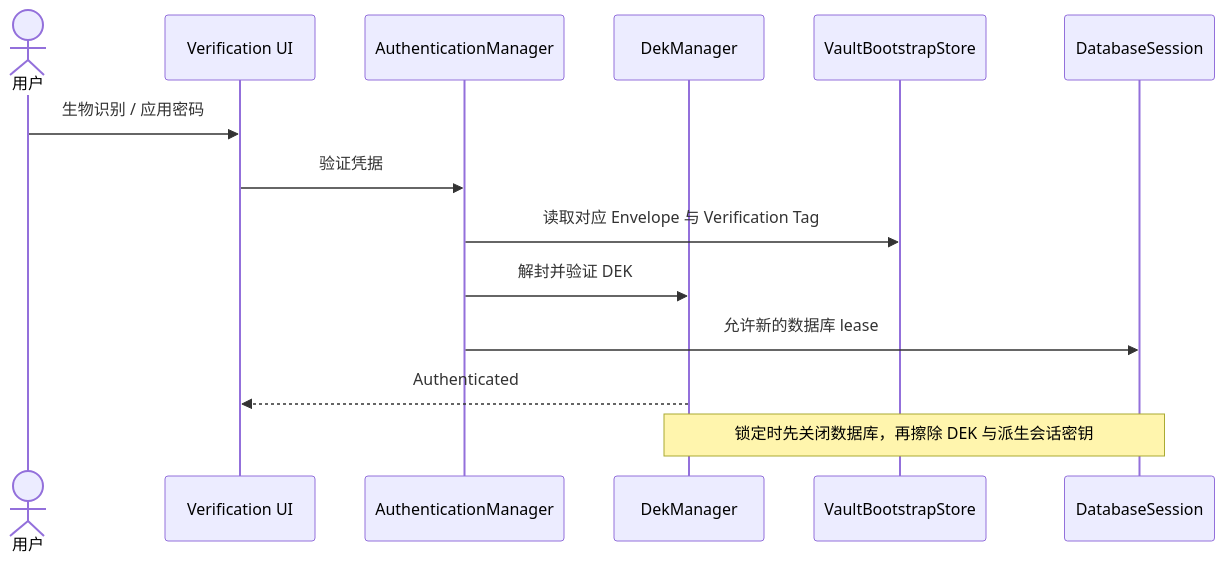
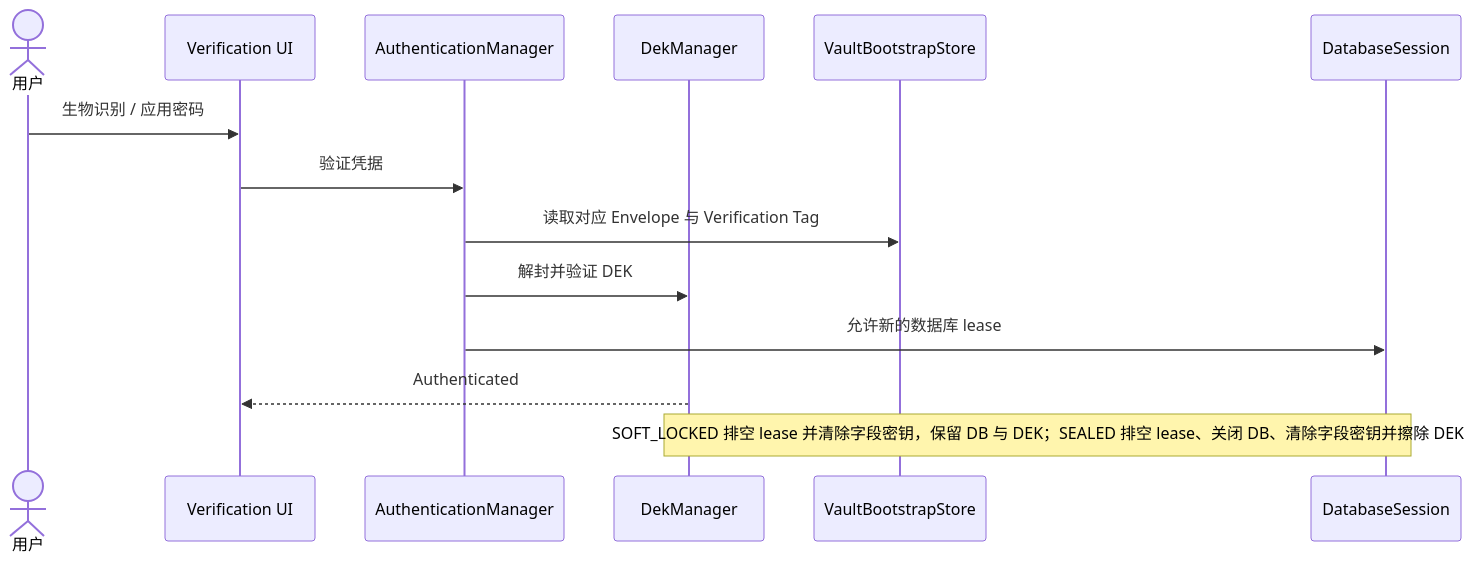
One commit to aozijx/Passly changed the first of 2 diagrams in docs/architecture/runtime-flows.md. Above: the diagram before and after it, drawn with Mermaid. The commit also changed other lines of this file and 22 other files, not shown here.

Commit message:
docs(architecture): sync module boundary contracts

````diff
--- a/docs/architecture/runtime-flows.md
+++ b/docs/architecture/runtime-flows.md
@@ -5,16 +5,16 @@
 ```mermaid
 sequenceDiagram
     actor User as 用户
     participant UI as Verification UI
     participant Auth as AuthenticationManager
     participant DEK as DekManager
     participant Boot as VaultBootstrapStore
     participant DB as DatabaseSession
     User->>UI: 生物识别 / 应用密码
     UI->>Auth: 验证凭据
     Auth->>Boot: 读取对应 Envelope 与 Verification Tag
     Auth->>DEK: 解封并验证 DEK
     Auth->>DB: 允许新的数据库 lease
     DEK-->>UI: Authenticated
-    Note over DEK,DB: 锁定时先关闭数据库，再擦除 DEK 与派生会话密钥
+    Note over DEK,DB: SOFT_LOCKED 排空 lease 并清除字段密钥，保留 DB 与 DEK；SEALED 排空 lease、关闭 DB、清除字段密钥并擦除 DEK
 ```
````
